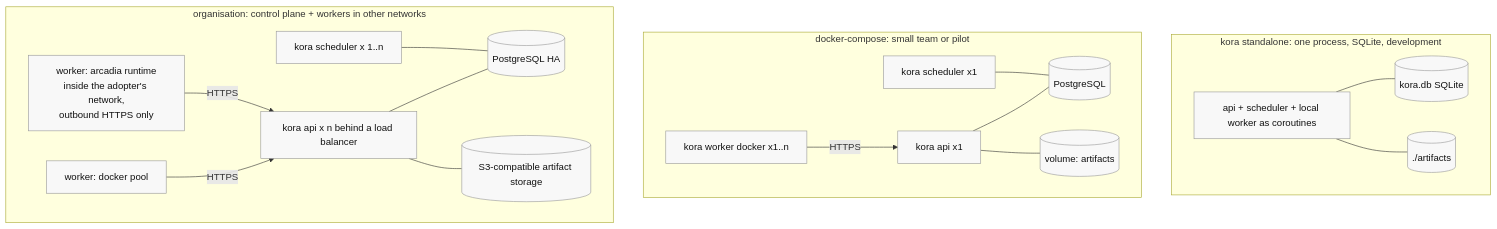
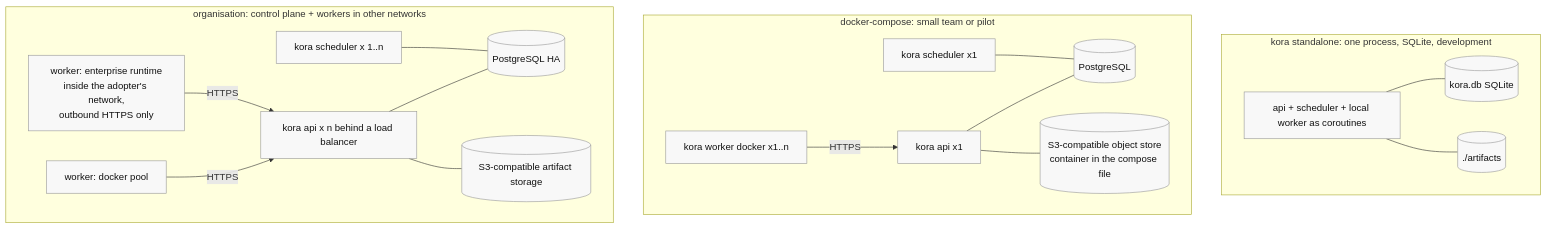
One commit to klukashka/kora changed the sixth of 6 diagrams in knowledge/architecture/detailed.md. Above: the diagram before and after it, drawn with Mermaid. The commit also changed other lines of this file and 45 other files, not shown here.

````diff
--- a/knowledge/architecture/detailed.md
+++ b/knowledge/architecture/detailed.md
@@ -238,34 +238,34 @@
 ```mermaid
 flowchart TB
     classDef box fill:#f8f8f8,stroke:#999,color:#111
 
     subgraph standalone [kora standalone: one process, SQLite, development]
         SA[api + scheduler + local worker as coroutines]:::box
         SDB[(kora.db SQLite)]:::box
         SFS[(./artifacts)]:::box
         SA --- SDB & SFS
     end
 
     subgraph compose [docker-compose: small team or pilot]
         CA[kora api x1]:::box
         CS[kora scheduler x1]:::box
         CW[kora worker docker x1..n]:::box
         CDB[(PostgreSQL)]:::box
-        CFS[(volume: artifacts)]:::box
+        CFS[(S3-compatible object store<br/>container in the compose file)]:::box
         CA & CS --- CDB
         CW -->|HTTPS| CA
         CA --- CFS
     end
 
     subgraph enterprise [organisation: control plane + workers in other networks]
         EA[kora api x n behind a load balancer]:::box
         ES[kora scheduler x 1..n]:::box
         EDB[(PostgreSQL HA)]:::box
         EFS[(S3-compatible artifact storage)]:::box
         EW1[worker: docker pool]:::box
-        EW2[worker: arcadia runtime<br/>inside the adopter's network,<br/>outbound HTTPS only]:::box
+        EW2[worker: enterprise runtime<br/>inside the adopter's network,<br/>outbound HTTPS only]:::box
         EA & ES --- EDB
         EA --- EFS
         EW1 & EW2 -->|HTTPS| EA
     end
 ```
````
